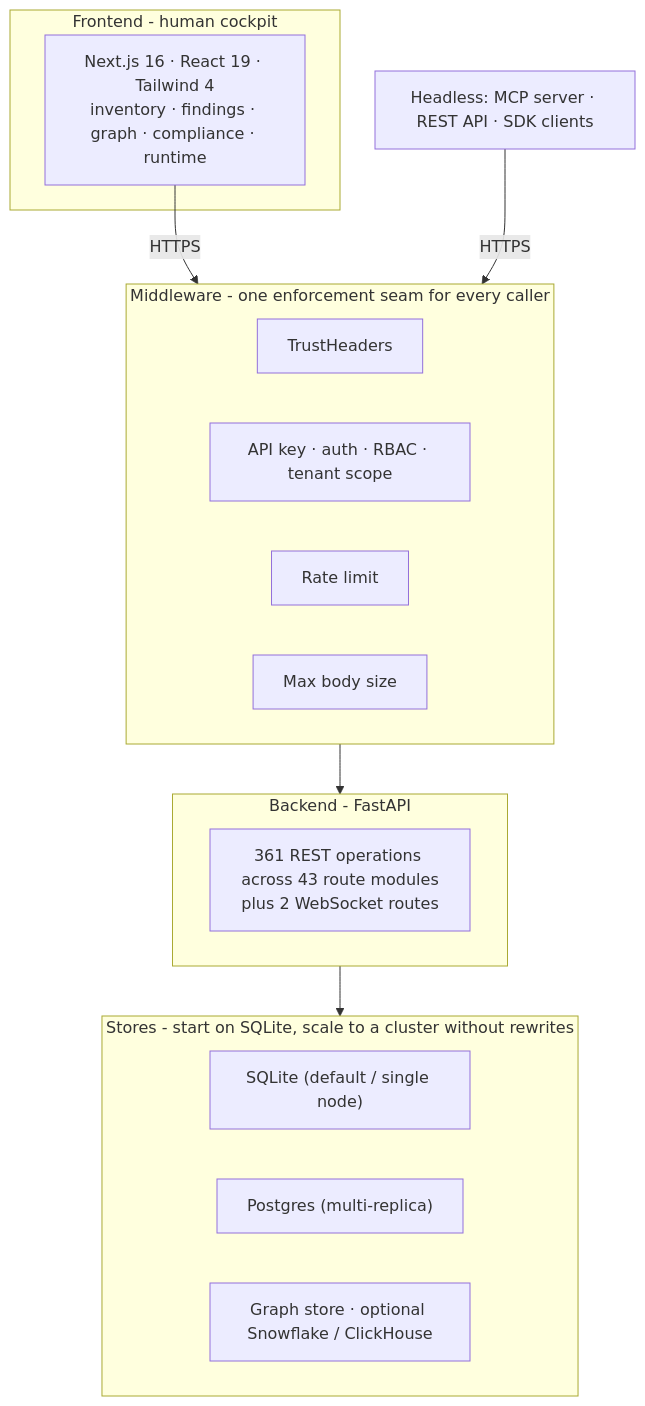
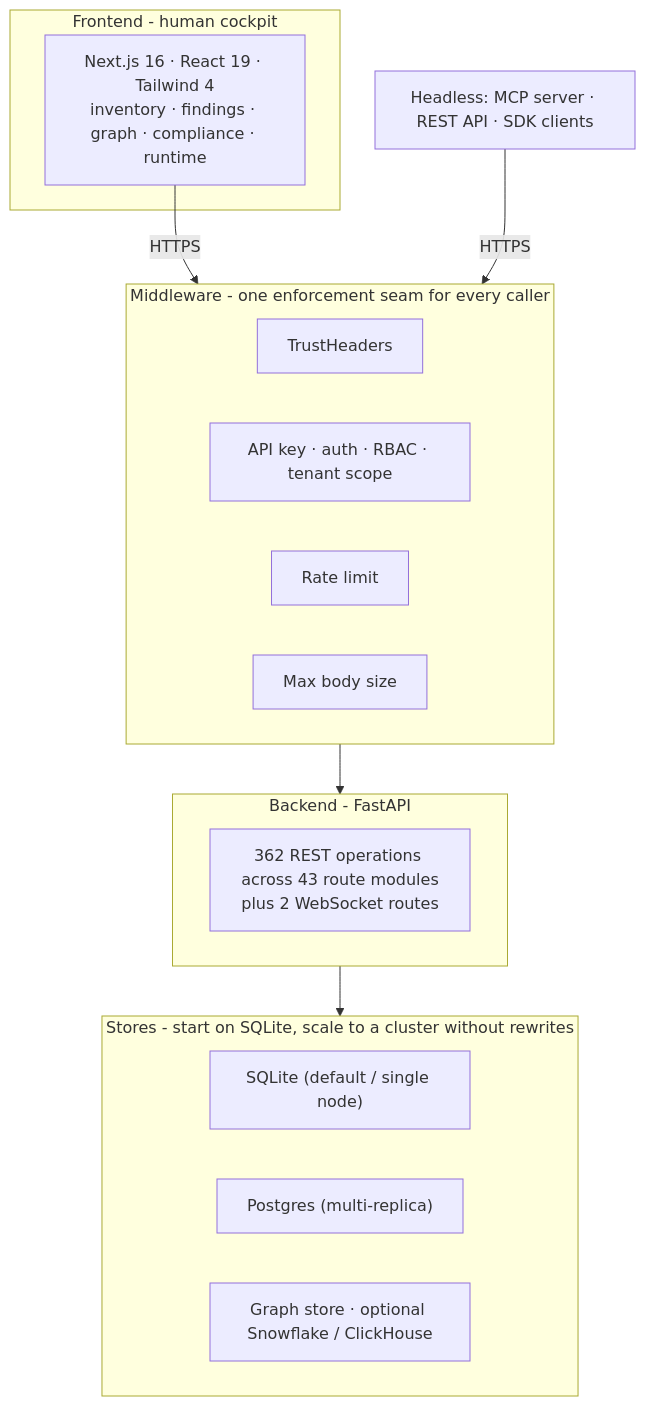
The fourth of 9 diagrams in docs/ARCHITECTURE.md (msaad00/agent-bom), drawn with Mermaid before and after one commit. The commit also changed 25 other files, not shown here.

````diff
--- a/docs/ARCHITECTURE.md
+++ b/docs/ARCHITECTURE.md
@@ -146,27 +146,27 @@
 ```mermaid
 flowchart TB
     subgraph FE["Frontend - human cockpit"]
         UI["Next.js 16 · React 19 · Tailwind 4\ninventory · findings · graph · compliance · runtime"]
     end
     subgraph MW["Middleware - one enforcement seam for every caller"]
         M1["TrustHeaders"]
         M2["API key · auth · RBAC · tenant scope"]
         M3["Rate limit"]
         M4["Max body size"]
     end
     subgraph BE["Backend - FastAPI"]
-        R["361 REST operations across 43 route modules
+        R["362 REST operations across 43 route modules
 plus 2 WebSocket routes"]
     end
     subgraph ST["Stores - start on SQLite, scale to a cluster without rewrites"]
         S1["SQLite (default / single node)"]
         S2["Postgres (multi-replica)"]
         S3["Graph store · optional Snowflake / ClickHouse"]
     end
 
     EXTAGENT["Headless: MCP server · REST API · SDK clients"]
 
     UI -->|HTTPS| MW
     EXTAGENT -->|HTTPS| MW
     MW --> BE --> ST
 ```
````
